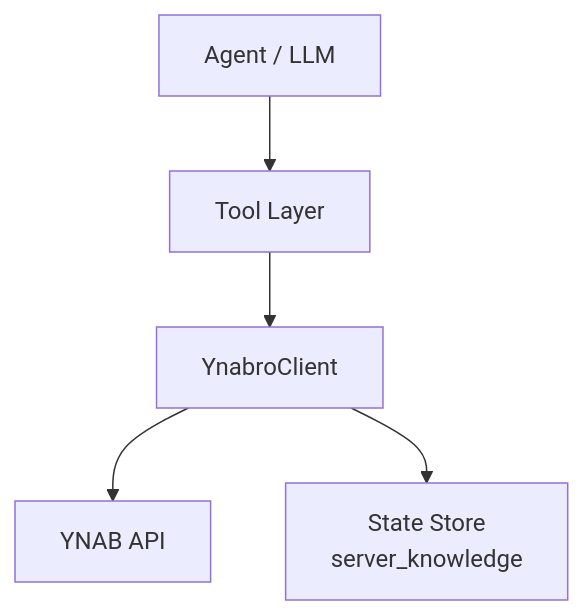
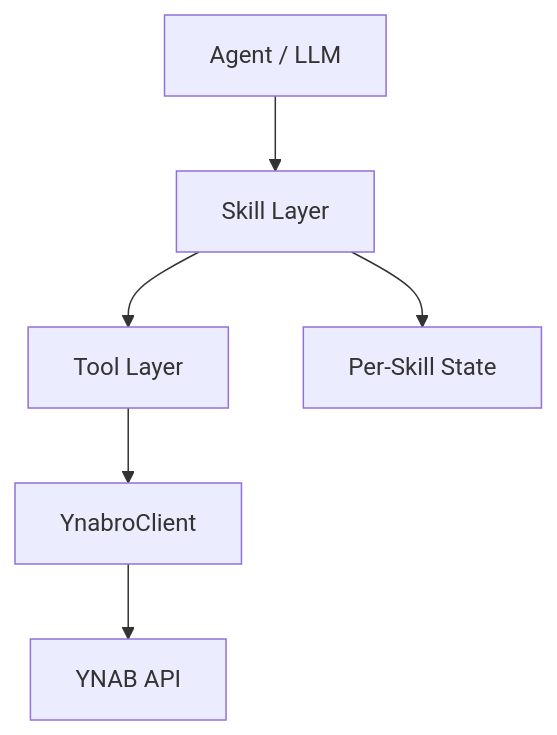
One commit to jmcombs/ynabro changed the diagram in docs/ARCHITECTURE.md. Above: the diagram before and after it, drawn with Mermaid. The commit also changed other lines of this file and 19 other files, not shown here.

First line of the commit message:
feat: add onboarding, per-skill state management, and core skill

````diff
--- a/docs/ARCHITECTURE.md
+++ b/docs/ARCHITECTURE.md
@@ -11,7 +12,8 @@
 ```mermaid
 flowchart TD
-    A[Agent / LLM] --> B[Tool Layer]
-    B --> C[YnabroClient]
-    C --> D[YNAB API]
-    C --> E[State Store<br/>server_knowledge]
+    A[Agent / LLM] --> B[Skill Layer]
+    B --> C[Tool Layer]
+    C --> D[YnabroClient]
+    D --> E[YNAB API]
+    B --> F[Per-Skill State]
 ```
````
